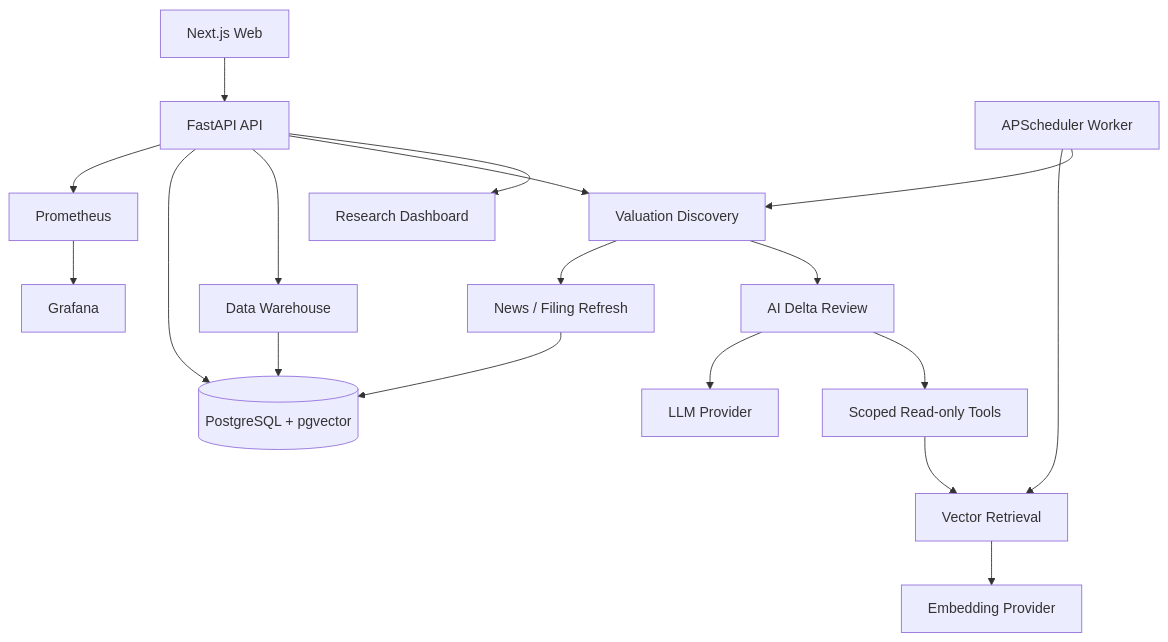
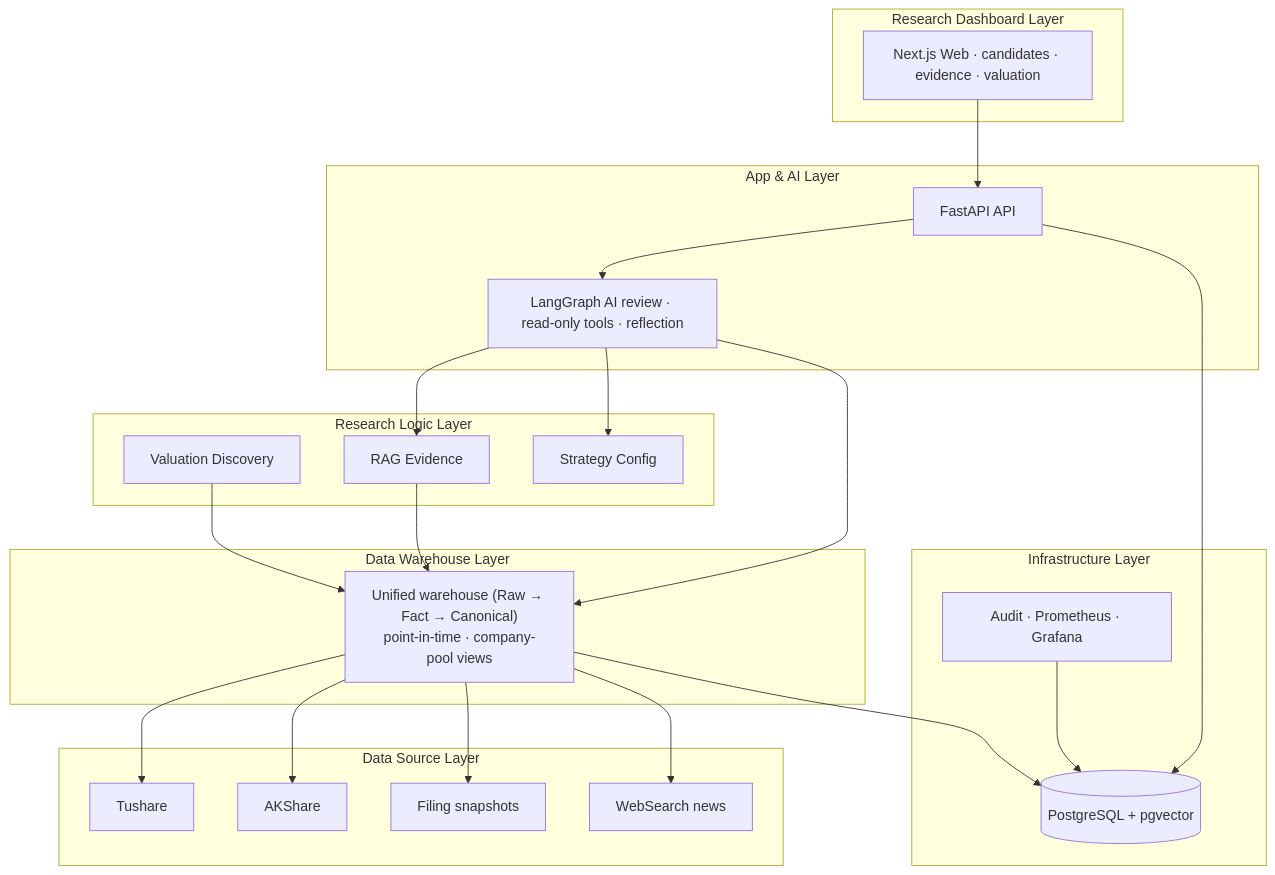
One commit to RickyW0529/Margin changed the second of 2 diagrams in README.md. Above: the diagram before and after it, drawn with Mermaid. The commit also changed other lines of this file and 1 other file, not shown here.

````diff
--- a/README.md
+++ b/README.md
@@ -47,20 +61,42 @@
 ```mermaid
 flowchart TB
-    Web[Next.js Web] --> API[FastAPI API]
-    API --> Dashboard[Research Dashboard]
-    API --> Valuation[Valuation Discovery]
-    Valuation --> Research[AI Delta Review]
-    Research --> Tools[Scoped Read-only Tools]
-    Tools --> Retrieval[Vector Retrieval]
-    Valuation --> News[News / Filing Refresh]
-    API --> Data[Data Warehouse]
-    Research --> LLM[LLM Provider]
-    Retrieval --> Embedding[Embedding Provider]
-    API --> PG[(PostgreSQL + pgvector)]
-    Data --> PG
-    News --> PG
-    Worker[APScheduler Worker] --> Valuation
-    Worker --> Retrieval
-    API --> Prometheus[Prometheus]
-    Prometheus --> Grafana[Grafana]
+    subgraph L5[Research Dashboard Layer]
+        Web[Next.js Web · candidates · evidence · valuation]
+    end
+    subgraph L4[App & AI Layer]
+        API[FastAPI API]
+        Review[LangGraph AI review · read-only tools · reflection]
+        API --> Review
+    end
+    subgraph L3[Research Logic Layer]
+        Valuation[Valuation Discovery]
+        RAG[RAG Evidence]
+        Strategy[Strategy Config]
+        Review --> RAG
+        Review --> Strategy
+    end
+    subgraph L2[Data Warehouse Layer]
+        Warehouse["Unified warehouse (Raw → Fact → Canonical)<br/>point-in-time · company-pool views"]
+        Valuation --> Warehouse
+        Review --> Warehouse
+        RAG --> Warehouse
+    end
+    subgraph L1[Data Source Layer]
+        Tushare[Tushare]
+        AKShare[AKShare]
+        Filing[Filing snapshots]
+        WebSearch[WebSearch news]
+        Warehouse --> Tushare
+        Warehouse --> AKShare
+        Warehouse --> Filing
+        Warehouse --> WebSearch
+    end
+    subgraph L0[Infrastructure Layer]
+        PG[(PostgreSQL + pgvector)]
+        Obs[Audit · Prometheus · Grafana]
+        Web --> API
+        Warehouse --> PG
+        API --> PG
+        Obs --> PG
+    end
 ```
````
